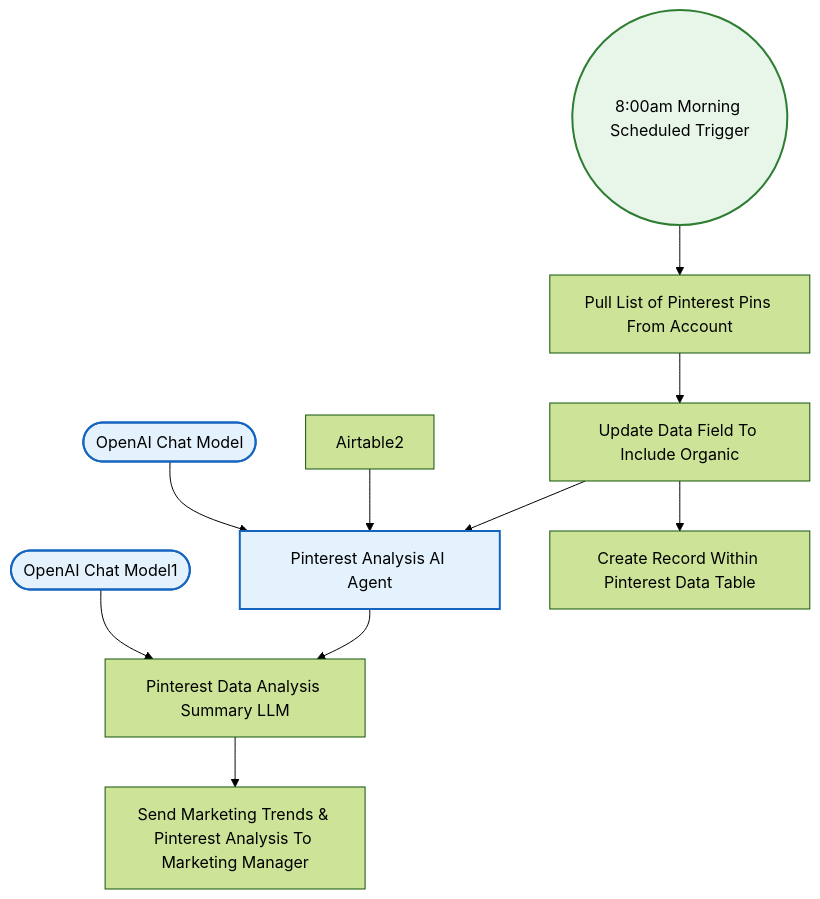
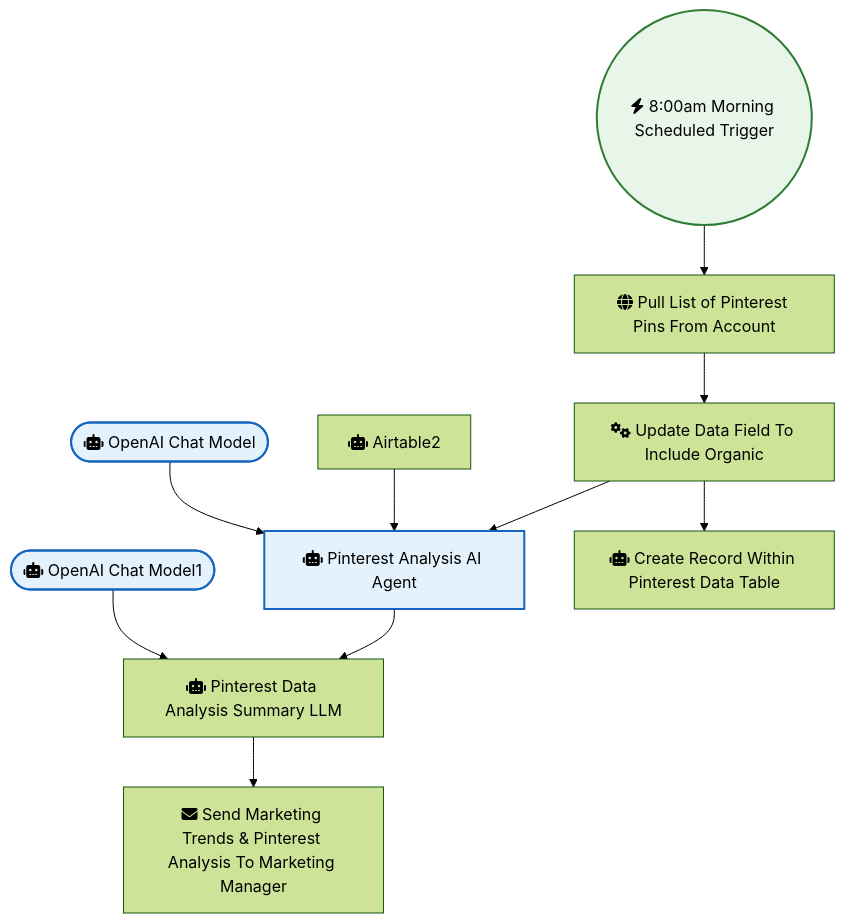
One commit to sreyash3105/N8N-DEMO-AUTOMATIONS changed the diagram in Other_Integrations_and_Use_Cases/Automate Pinterest Analysis & AI-Powered Content Suggestions With Pinterest API.md. Above: the diagram before and after it, drawn with Mermaid (forest theme). The commit also changed 291 other files, not shown here.

````diff
--- a/Other_Integrations_and_Use_Cases/Automate Pinterest Analysis & AI-Powered Content Suggestions With Pinterest API.md
+++ b/Other_Integrations_and_Use_Cases/Automate Pinterest Analysis & AI-Powered Content Suggestions With Pinterest API.md
@@ -1,27 +1,27 @@
 ```mermaid
 graph TD
     classDef trigger fill:#e8f5e9,stroke:#2e7d32,stroke-width:2px;
     classDef ai fill:#e3f2fd,stroke:#1565c0,stroke-width:2px;
     classDef logic fill:#fff3e0,stroke:#ef6c00,stroke-width:2px;
 
-    OpenAI_Chat_Model(["OpenAI Chat Model"]):::ai
-    Airtable2["Airtable2"]
-    OpenAI_Chat_Model1(["OpenAI Chat Model1"]):::ai
-    n_8_00am_Morning_Scheduled_Trigger(("8:00am Morning Scheduled Trigger")):::trigger
-    Pull_List_of_Pinterest_Pins_From_Account["Pull List of Pinterest Pins From Account"]
-    Update_Data_Field_To_Include_Organic["Update Data Field To Include Organic"]
-    Create_Record_Within_Pinterest_Data_Table["Create Record Within Pinterest Data Table"]
-    Pinterest_Analysis_AI_Agent["Pinterest Analysis AI Agent"]:::ai
-    Pinterest_Data_Analysis_Summary_LLM["Pinterest Data Analysis Summary LLM"]
-    Send_Marketing_Trends___Pinterest_Analysis_To_Marketing_Manager["Send Marketing Trends & Pinterest Analysis To Marketing Manager"]
+    OpenAI_Chat_Model(["fas:fa-robot OpenAI Chat Model"]):::ai
+    Airtable2["fas:fa-robot Airtable2"]
+    OpenAI_Chat_Model1(["fas:fa-robot OpenAI Chat Model1"]):::ai
+    n_8_00am_Morning_Scheduled_Trigger(("fas:fa-bolt 8:00am Morning Scheduled Trigger")):::trigger
+    Pull_List_of_Pinterest_Pins_From_Account["fas:fa-globe Pull List of Pinterest Pins From Account"]
+    Update_Data_Field_To_Include_Organic["fas:fa-cogs Update Data Field To Include Organic"]
+    Create_Record_Within_Pinterest_Data_Table["fas:fa-robot Create Record Within Pinterest Data Table"]
+    Pinterest_Analysis_AI_Agent["fas:fa-robot Pinterest Analysis AI Agent"]:::ai
+    Pinterest_Data_Analysis_Summary_LLM["fas:fa-robot Pinterest Data Analysis Summary LLM"]
+    Send_Marketing_Trends___Pinterest_Analysis_To_Marketing_Manager["fas:fa-envelope Send Marketing Trends & Pinterest Analysis To Marketing Manager"]
 
     Airtable2 --> Pinterest_Analysis_AI_Agent
     OpenAI_Chat_Model --> Pinterest_Analysis_AI_Agent
     OpenAI_Chat_Model1 --> Pinterest_Data_Analysis_Summary_LLM
     Pinterest_Analysis_AI_Agent --> Pinterest_Data_Analysis_Summary_LLM
     n_8_00am_Morning_Scheduled_Trigger --> Pull_List_of_Pinterest_Pins_From_Account
     Pinterest_Data_Analysis_Summary_LLM --> Send_Marketing_Trends___Pinterest_Analysis_To_Marketing_Manager
     Update_Data_Field_To_Include_Organic --> Create_Record_Within_Pinterest_Data_Table
     Update_Data_Field_To_Include_Organic --> Pinterest_Analysis_AI_Agent
     Pull_List_of_Pinterest_Pins_From_Account --> Update_Data_Field_To_Include_Organic
 ```
````
